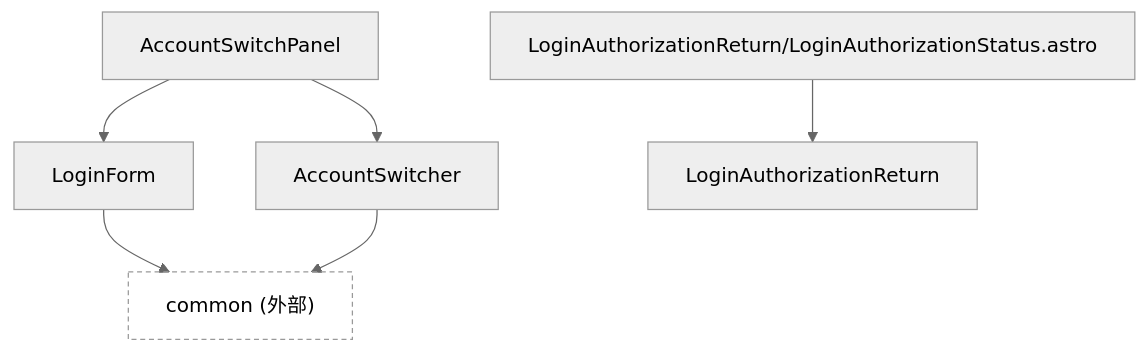
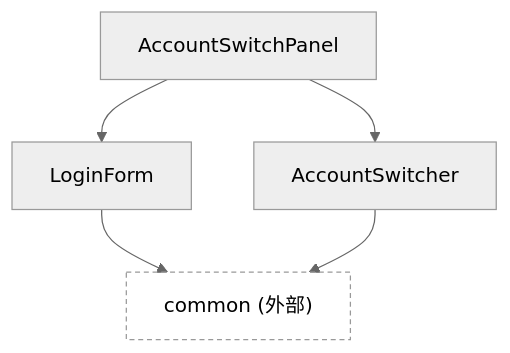
The diagram in src/components/account/README.md (nekono-dev/skyshare), drawn with Mermaid (neutral theme) before and after one commit. The commit also changed 10 other files, not shown here.

````diff
--- a/src/components/account/README.md
+++ b/src/components/account/README.md
@@ -5,13 +5,12 @@
 ```mermaid
 graph TD
   AccountSwitchPanel --> AccountSwitcher
   AccountSwitchPanel --> LoginForm
   LoginForm --> commonExt
-  LoginAuthorizationStatus["LoginAuthorizationReturn/LoginAuthorizationStatus.astro"] --> LoginAuthorizationReturn
   AccountSwitcher --> commonExt
 
   commonExt["common (外部)"]
 
   classDef external stroke-dasharray: 4 3,fill:transparent;
   class commonExt external;
 ```
````
